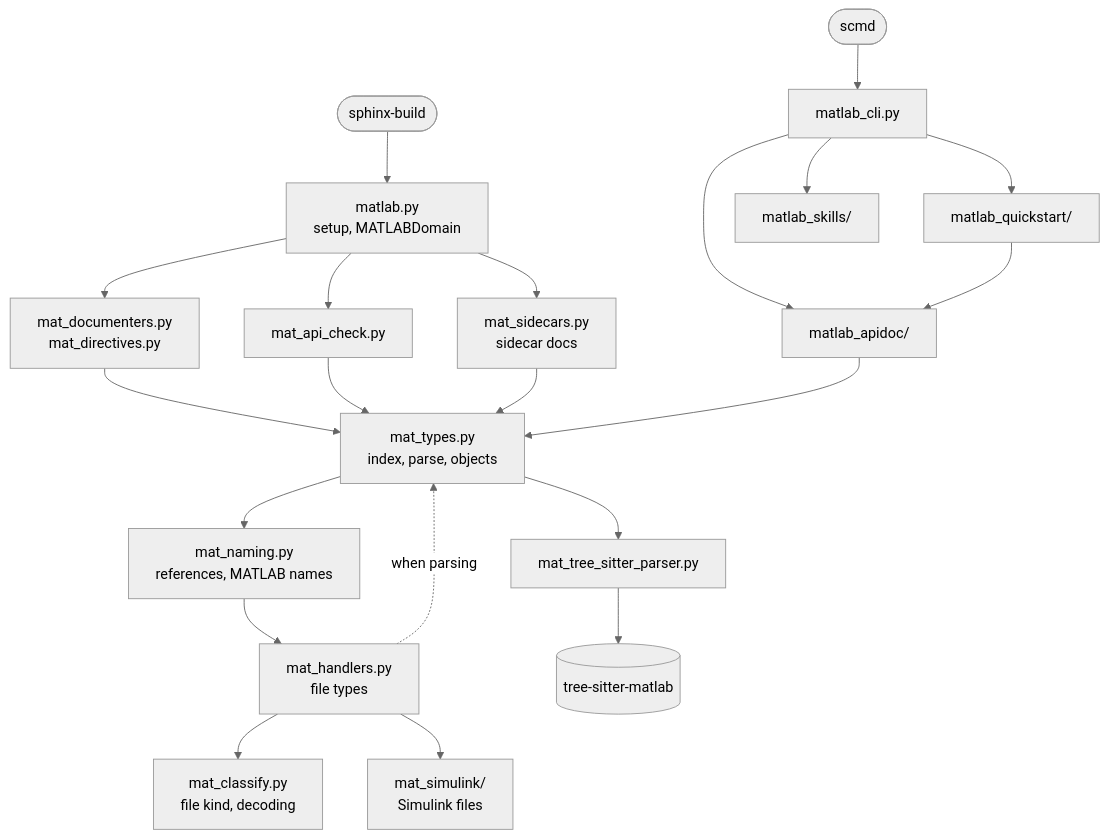
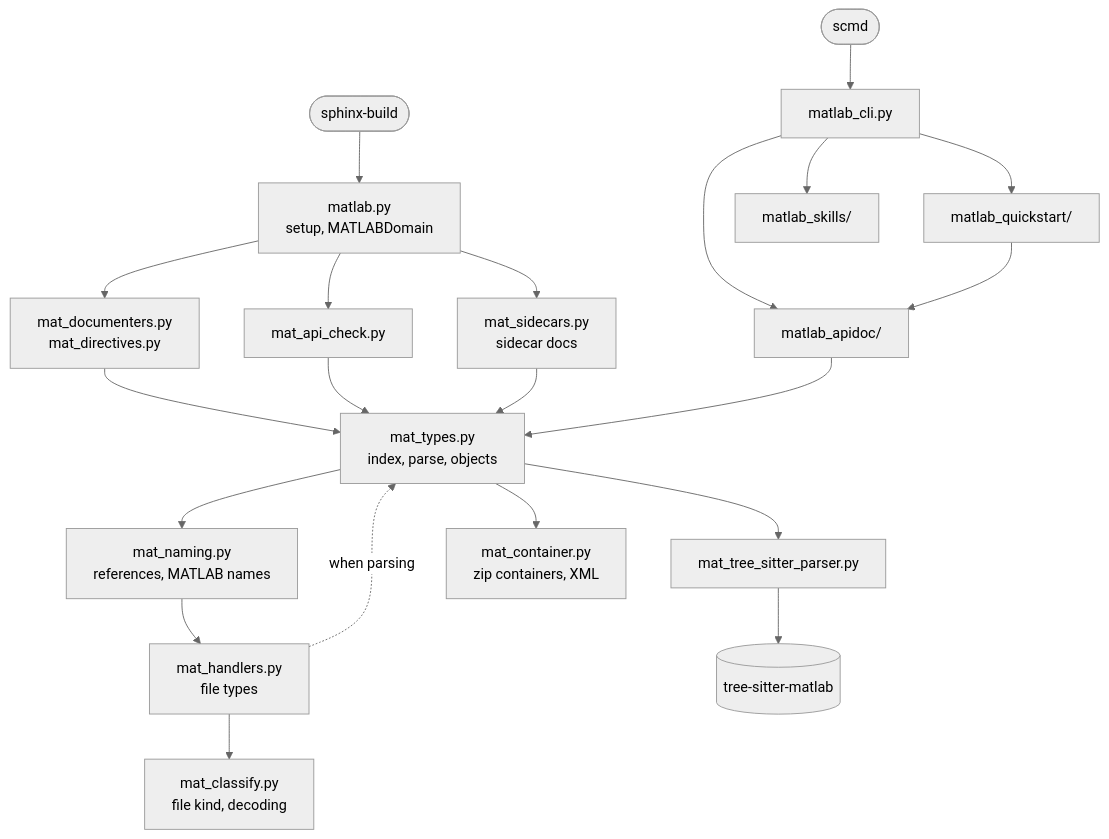
The diagram in docs/developer-guide/architecture.rst (sphinx-contrib/matlabdomain), drawn with Mermaid (neutral theme) before and after one commit. The commit also changed other lines of this file and 177 other files, not shown here.

```diff
--- a/docs/developer-guide/architecture.rst
+++ b/docs/developer-guide/architecture.rst
@@ -82,23 +84,23 @@
 .. mermaid::
 
    flowchart TB
      sphinx(["sphinx-build"]) --> matlab
      scmd(["scmd"]) --> cli["matlab_cli.py"]
      cli --> apidoc
      cli --> quickstart["matlab_quickstart/"]
      cli --> skills["matlab_skills/"]
      quickstart --> apidoc
      matlab["matlab.py<br/>setup, MATLABDomain"] --> documenters["mat_documenters.py<br/>mat_directives.py"]
      matlab --> apicheck["mat_api_check.py"]
      matlab --> sidecars["mat_sidecars.py<br/>sidecar docs"]
      documenters --> types
      apicheck --> types
      sidecars --> types
      apidoc["matlab_apidoc/"] --> types
      types["mat_types.py<br/>index, parse, objects"] --> naming["mat_naming.py<br/>references, MATLAB names"]
      types --> parser["mat_tree_sitter_parser.py"]
+     types --> container["mat_container.py<br/>zip containers, XML"]
      naming --> handlers["mat_handlers.py<br/>file types"]
      handlers --> classify["mat_classify.py<br/>file kind, decoding"]
-     handlers --> simulink["mat_simulink/<br/>Simulink files"]
      handlers -. "when parsing" .-> types
      parser --> treesitter[("tree-sitter-matlab")]
```
